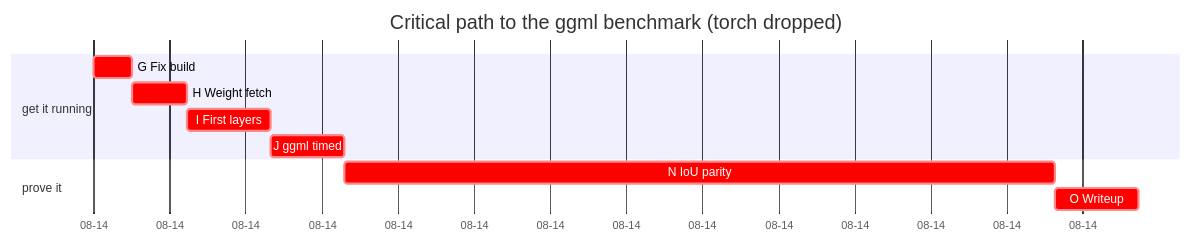
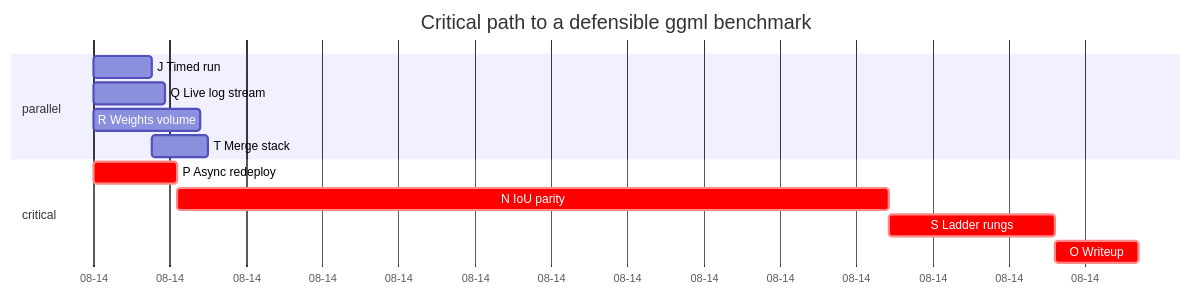
One commit to weftspun/interactor-seethrough-ggml changed the second of 2 diagrams in docs/benchmark-pert.md. Above: the diagram before and after it, drawn with Mermaid. The commit also changed other lines of this file, not shown here.

Commit message:
Re-model the critical path after the first successful runs

````diff
--- a/docs/benchmark-pert.md
+++ b/docs/benchmark-pert.md
@@ -76,14 +70,16 @@
 ```mermaid
 gantt
-  title Critical path to the ggml benchmark (torch dropped)
+  title Critical path to a defensible ggml benchmark
   dateFormat YYYY-MM-DD
   axisFormat %m-%d
-  section get it running
-  G Fix build        :crit, g1, 2026-08-14, 15m
-  H Weight fetch     :crit, h1, after g1, 22m
-  I First layers     :crit, i1, after h1, 33m
-  J ggml timed       :crit, j1, after i1, 29m
-  section prove it
-  N IoU parity       :crit, n1, after j1, 280m
-  O Writeup          :crit, o1, after n1, 33m
+  section parallel
+  J Timed run       :j1, 2026-08-14, 23m
+  Q Live log stream :q1, 2026-08-14, 28m
+  R Weights volume  :r1, 2026-08-14, 42m
+  T Merge stack     :t1, after j1, 22m
+  section critical
+  P Async redeploy  :crit, p1, 2026-08-14, 33m
+  N IoU parity      :crit, n1, after p1, 280m
+  S Ladder rungs    :crit, s1, after n1, 65m
+  O Writeup         :crit, o1, after s1, 33m
 ```
````
